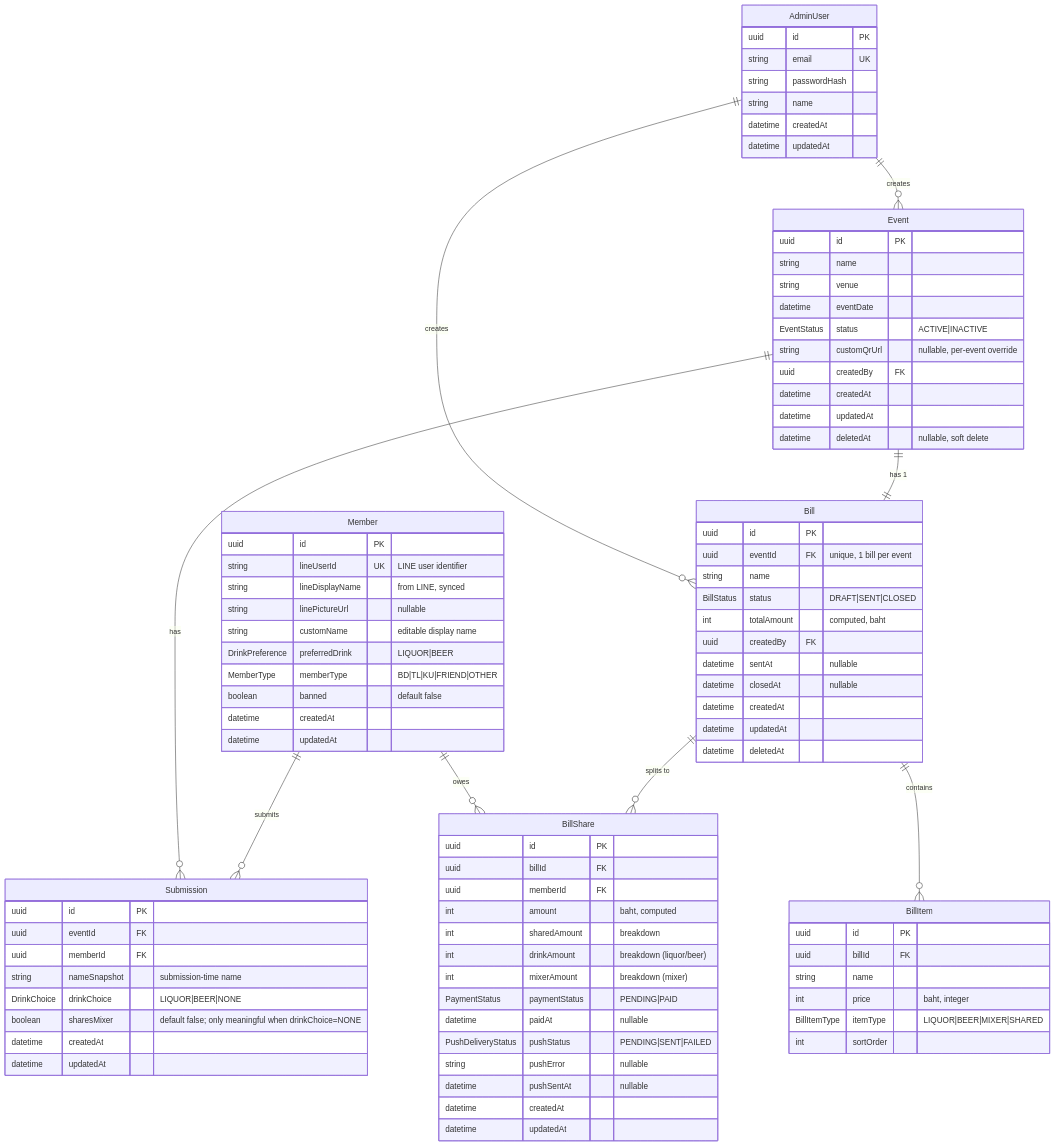
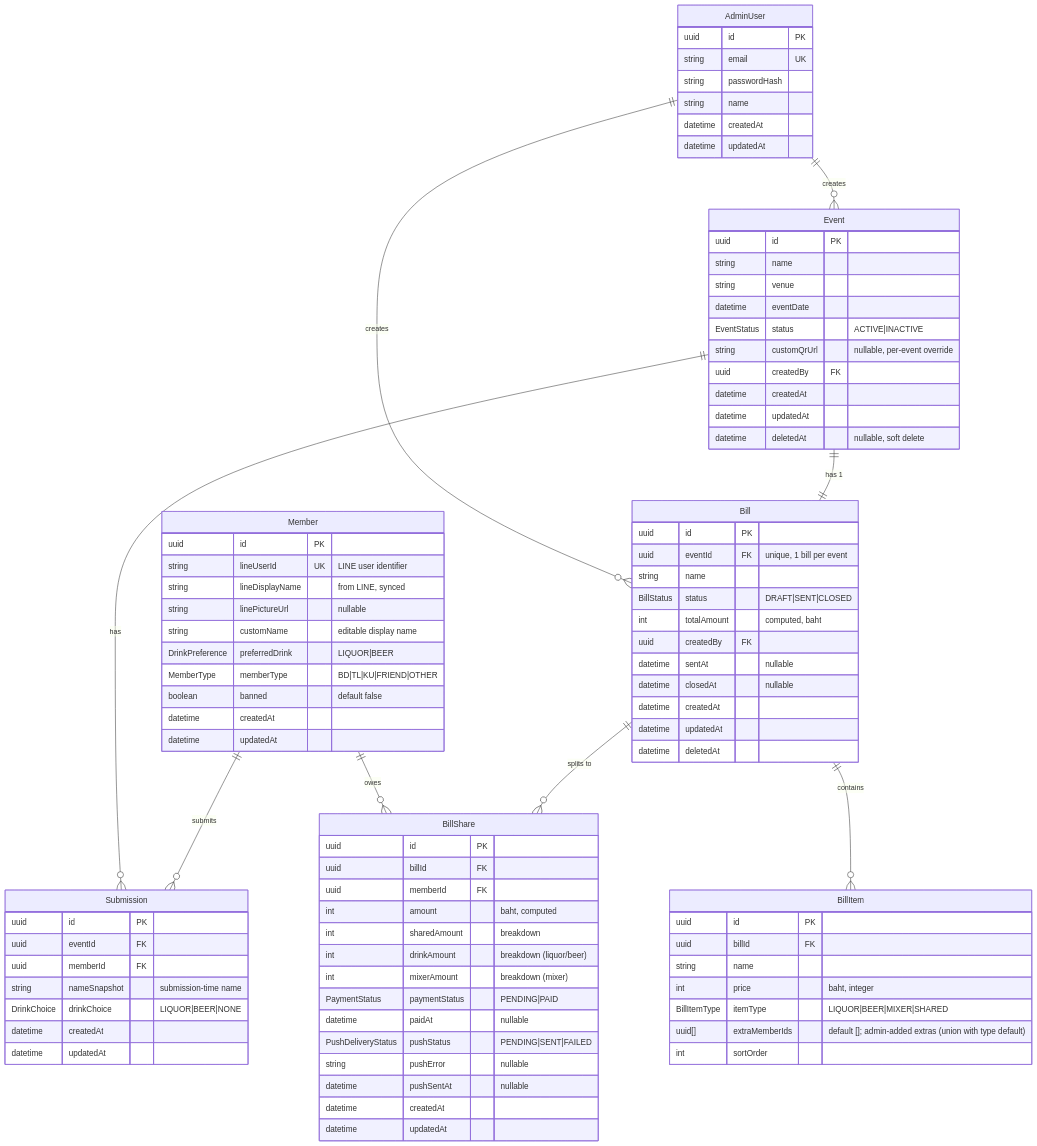
One commit to chankarn/MaoLeaw changed the second of 2 diagrams in docs/SA_BLUEPRINT.md. Above: the diagram before and after it, drawn with Mermaid. The commit also changed other lines of this file and 16 other files, not shown here.

Commit message:
bills: per-item extraMemberIds (drop sharesMixer flag)

```diff
--- a/docs/SA_BLUEPRINT.md
+++ b/docs/SA_BLUEPRINT.md
@@ -113,7 +113,6 @@
     uuid memberId FK
     string nameSnapshot "submission-time name"
     DrinkChoice drinkChoice "LIQUOR|BEER|NONE"
-    boolean sharesMixer "default false; only meaningful when drinkChoice=NONE"
     datetime createdAt
     datetime updatedAt
   }
@@ -138,6 +137,7 @@
     string name
     int price "baht, integer"
     BillItemType itemType "LIQUOR|BEER|MIXER|SHARED"
+    uuid[] extraMemberIds "default []; admin-added extras (union with type default)"
     int sortOrder
   }
 
```
